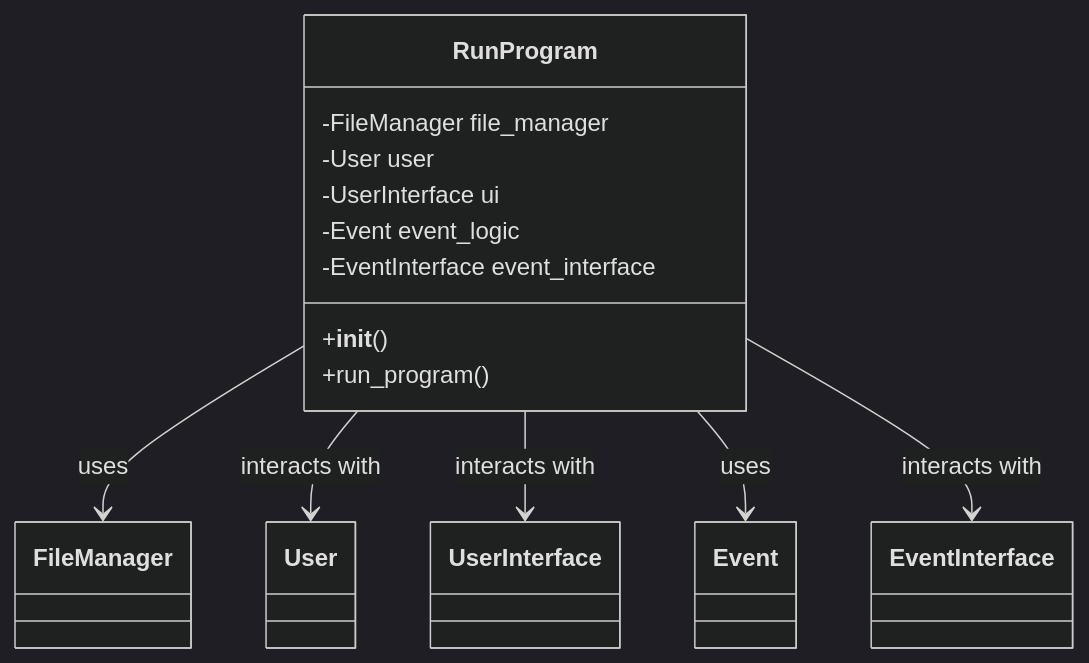
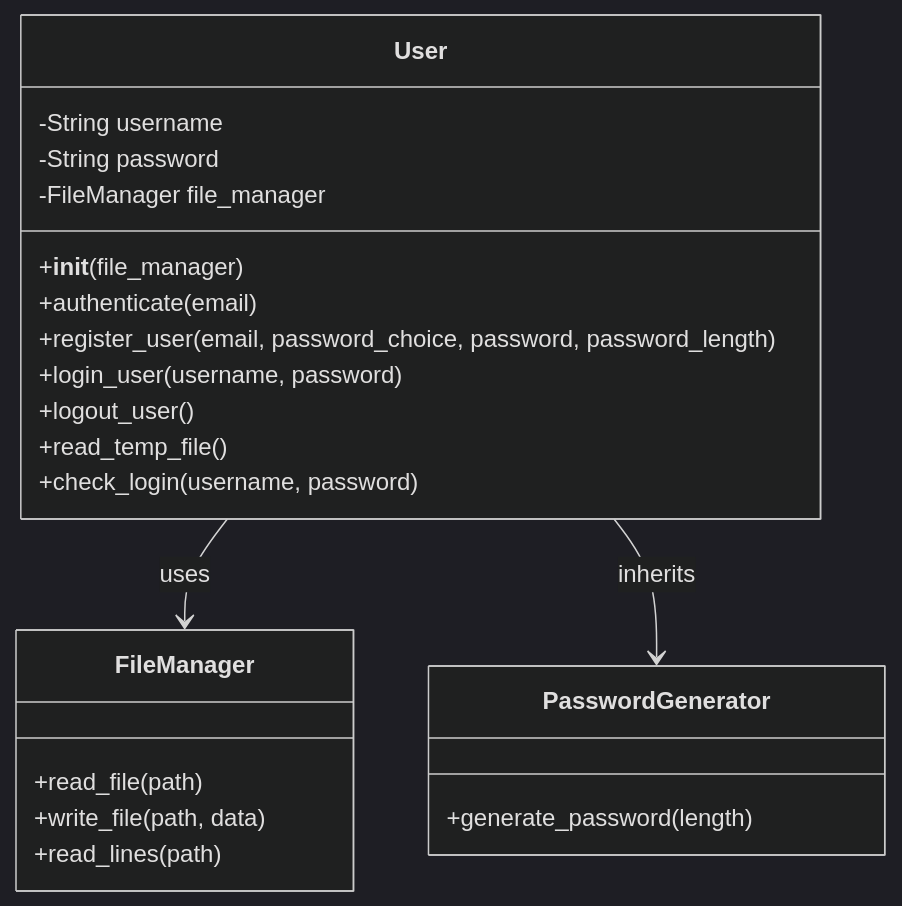
One commit to YuriyMavko/test changed the diagram in README.md. Above: the diagram before and after it, drawn with Mermaid (dark theme).

````diff
--- a/README.md
+++ b/README.md
@@ -1,27 +1,28 @@
 ```mermaid
 classDiagram
-    class RunProgram {
+    class User {
+        -String username
+        -String password
         -FileManager file_manager
-        -User user
-        -UserInterface ui
-        -Event event_logic
-        -EventInterface event_interface
-        +__init__()
-        +run_program()
+        +__init__(file_manager)
+        +authenticate(email)
+        +register_user(email, password_choice, password, password_length)
+        +login_user(username, password)
+        +logout_user()
+        +read_temp_file()
+        +check_login(username, password)
     }
 
-    class FileManager
-    class User
-    class UserInterface
-    class Event
-    class EventInterface
+    class FileManager {
+        +read_file(path)
+        +write_file(path, data)
+        +read_lines(path)
+    }
 
-    RunProgram --> FileManager : uses
-    RunProgram --> User : interacts with
-    RunProgram --> UserInterface : interacts with
-    RunProgram --> Event : uses
-    RunProgram --> EventInterface : interacts with
+    class PasswordGenerator {
+        +generate_password(length)
+    }
 
-
-
+    User --> FileManager : uses
+    User --> PasswordGenerator : inherits
 ```
````
